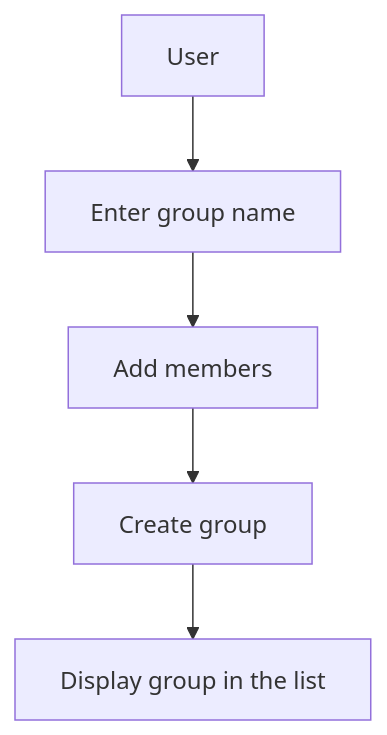
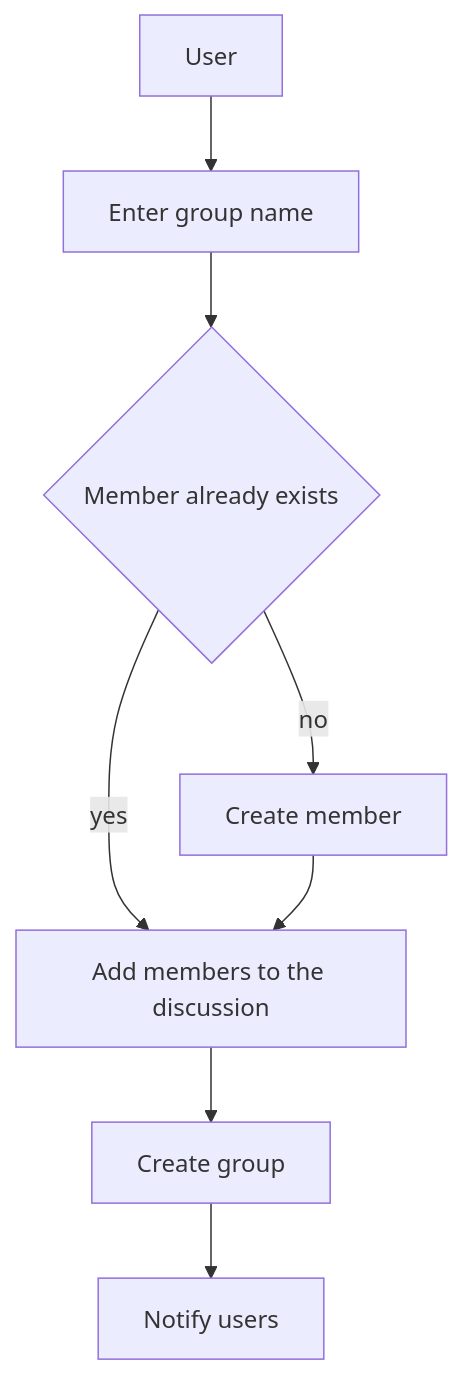
One commit to thetis20/messenger-domain changed the first of 5 diagrams in README.md. Above: the diagram before and after it, drawn with Mermaid. The commit also changed 25 other files, not shown here.

Commit message:
N/A: make a difference between user and member  - Change UserInterface  - Create Member Entity  - Create DiscussionMember Entity  - Mark discussion as seen or not  - Rewrite CreateDiscussion use-case & test  - Rewrite SendMessage use-case & test  - Install PHPStan

````diff
--- a/README.md
+++ b/README.md
@@ -73,7 +73,10 @@
 ```mermaid
 flowchart TD
     A[User] --> B[Enter group name]
-    B --> C[Add members]
+    B --> G{Member already exists}
+    G --> |yes| C[Add members to the discussion]
+    G --> |no| H[Create member]
+    H --> C
     C --> D[Create group]
-    D --> E[Display group in the list]
+    D --> E[Notify users]
 ```
````
